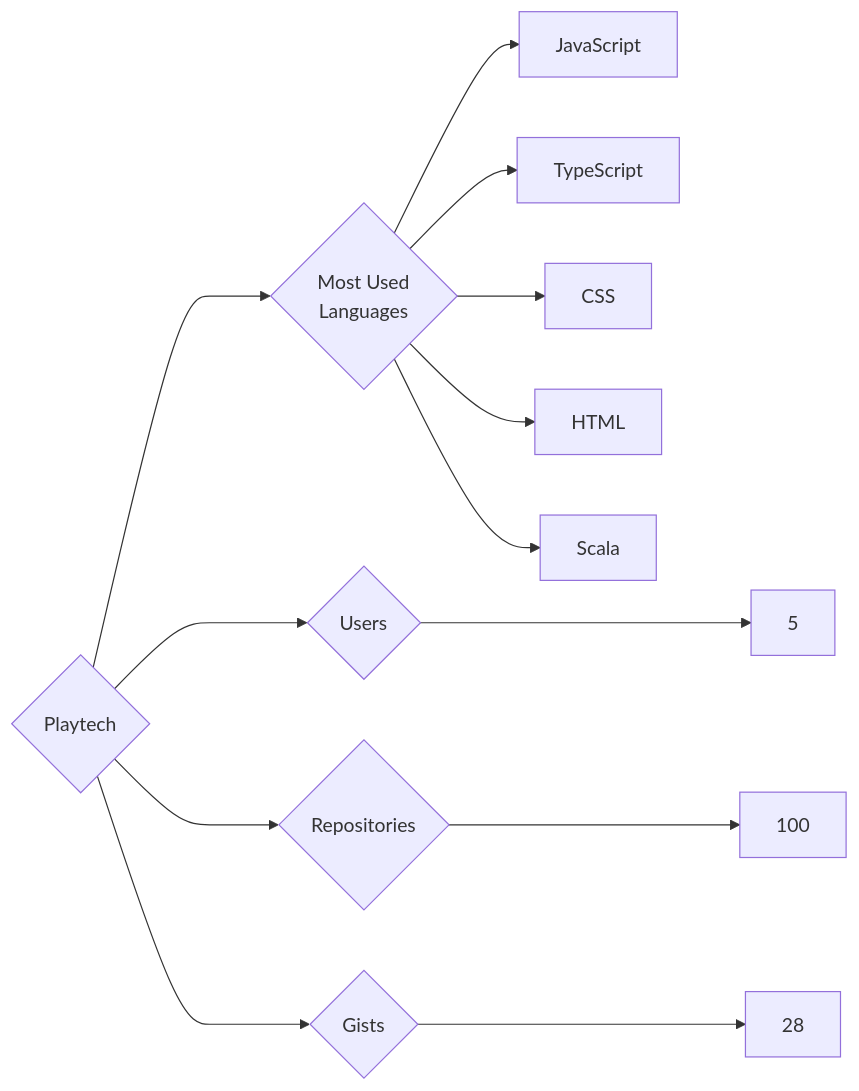
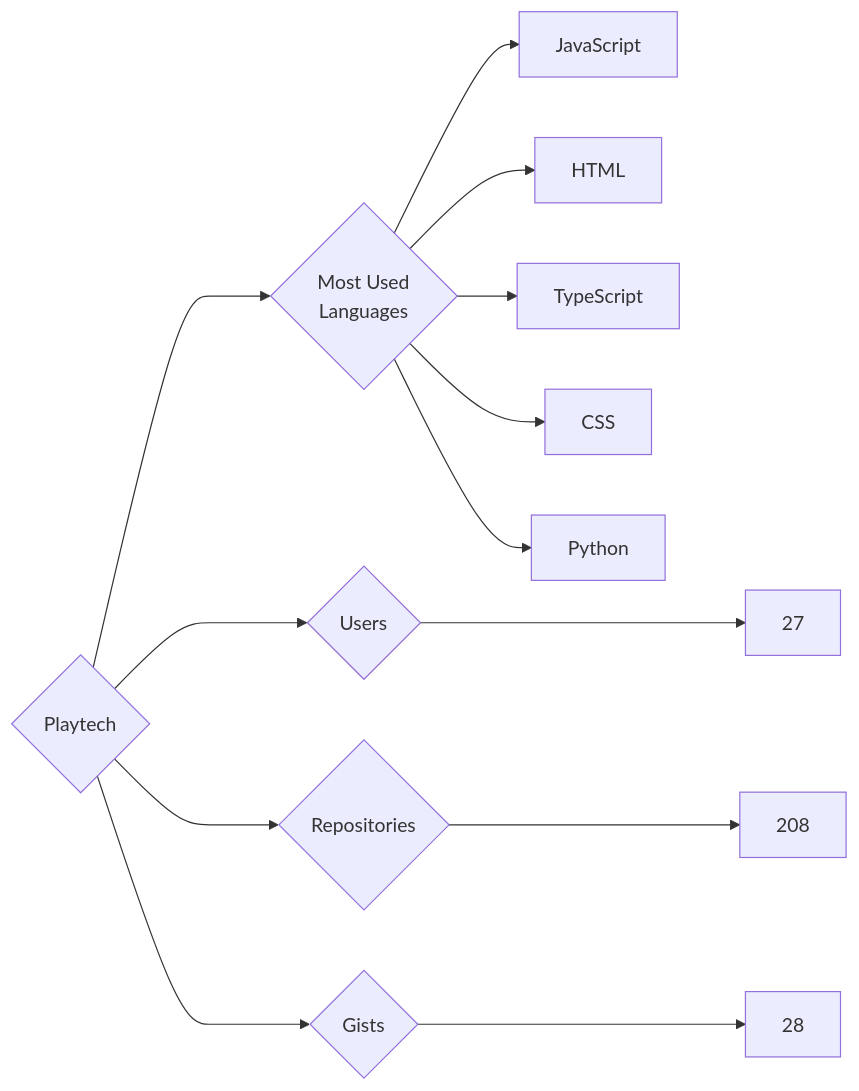
Before and after one commit to trickest/insiders: the diagram in targets/Playtech/README.md, drawn with Mermaid. The commit also changed 770 other files, not shown here.

````diff
--- a/targets/Playtech/README.md
+++ b/targets/Playtech/README.md
@@ -3,13 +3,13 @@
 ```mermaid
 graph LR
 COMPANY_NAME{Playtech}
-COMPANY_NAME ---> U{Users} ---> UN[5]
-COMPANY_NAME ---> R{Repositories} ---> RN[100]
+COMPANY_NAME ---> U{Users} ---> UN[27]
+COMPANY_NAME ---> R{Repositories} ---> RN[208]
 COMPANY_NAME ---> G{Gists} ---> GN[28]
 COMPANY_NAME ---> ML{Most Used<br>Languages}
 ML --> JavaScript[JavaScript]
+ML --> HTML[HTML]
 ML --> TypeScript[TypeScript]
 ML --> CSS[CSS]
-ML --> HTML[HTML]
-ML --> Scala[Scala]
+ML --> Python[Python]
 ```
````
